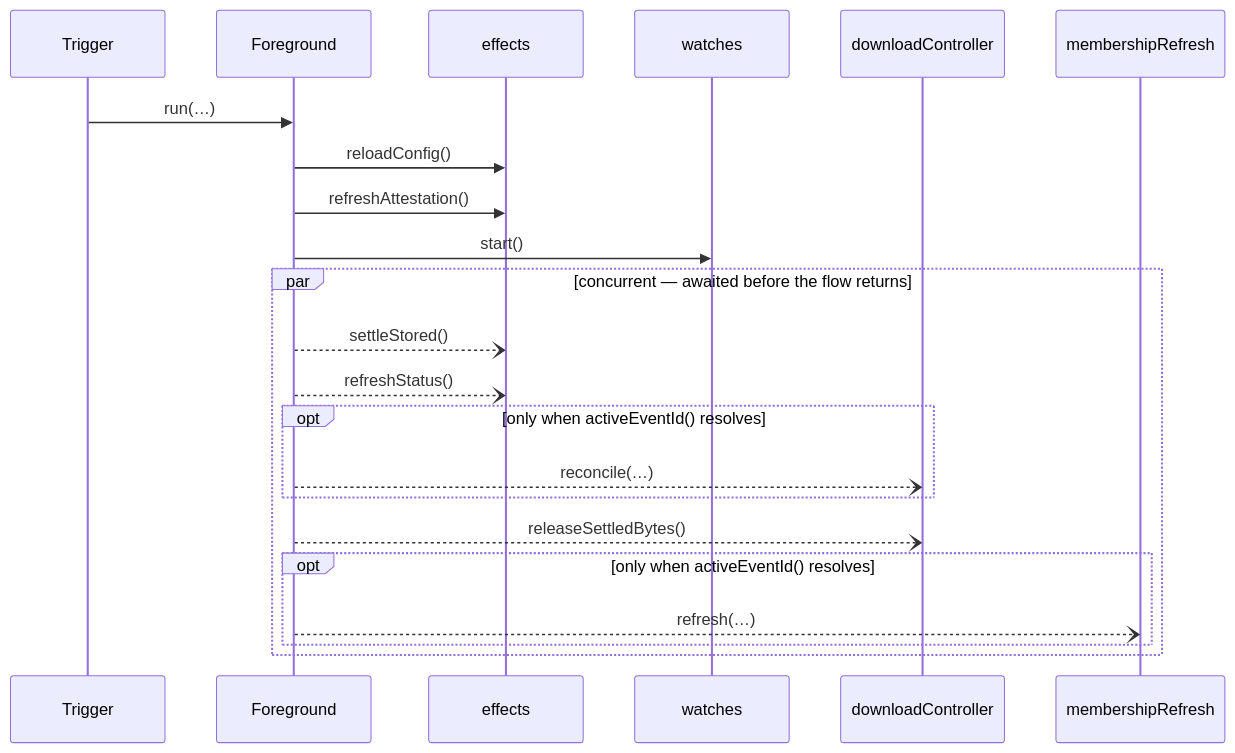
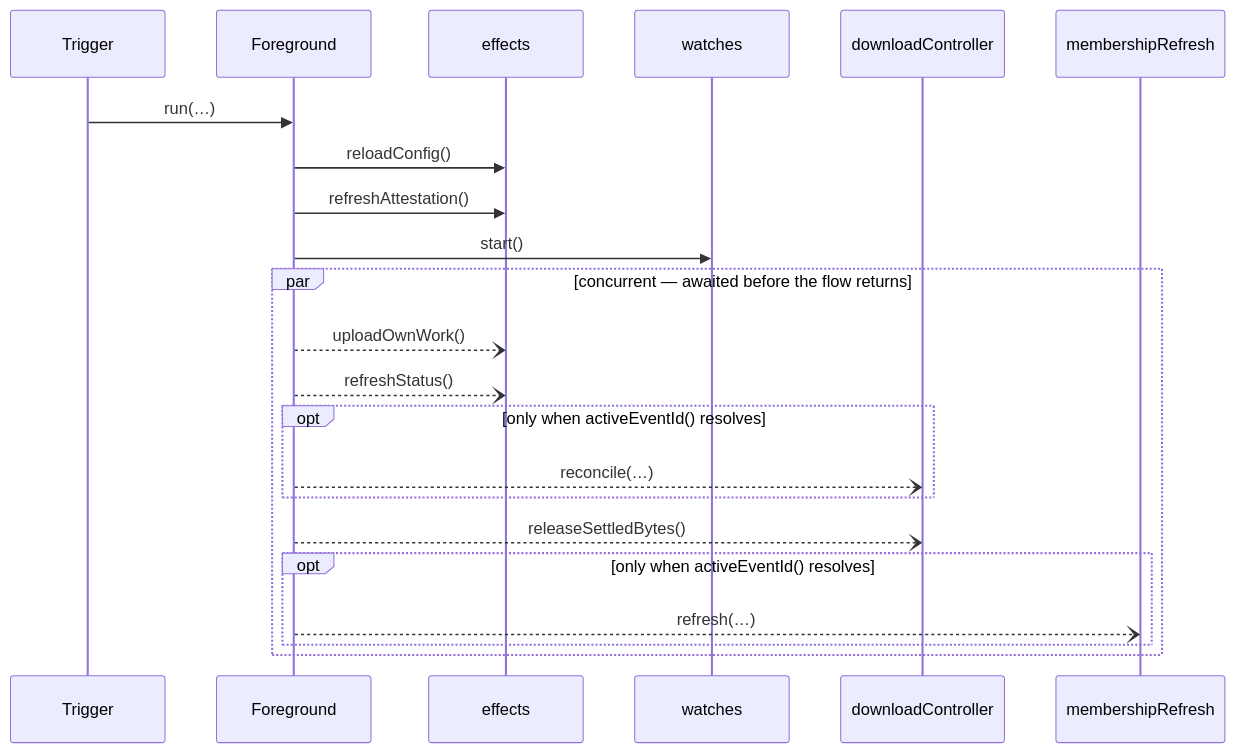
One commit to stefanhoelzl/SnapSync changed the diagram in architecture/flows/Foreground.md. Above: the diagram before and after it, drawn with Mermaid. The commit also changed 26 other files, not shown here.

````diff
--- a/architecture/flows/Foreground.md
+++ b/architecture/flows/Foreground.md
@@ -14,24 +14,24 @@
 ```mermaid
 sequenceDiagram
   participant Trigger
   participant Foreground
   participant effects
   participant watches
   participant downloadController
   participant membershipRefresh
   Trigger->>Foreground: run(…)
   Foreground->>effects: reloadConfig()
   Foreground->>effects: refreshAttestation()
   Foreground->>watches: start()
   par concurrent — awaited before the flow returns
-    Foreground--)effects: settleStored()
+    Foreground--)effects: uploadOwnWork()
     Foreground--)effects: refreshStatus()
     opt only when activeEventId() resolves
       Foreground--)downloadController: reconcile(…)
     end
     Foreground--)downloadController: releaseSettledBytes()
     opt only when activeEventId() resolves
       Foreground--)membershipRefresh: refresh(…)
     end
   end
 ```
````
